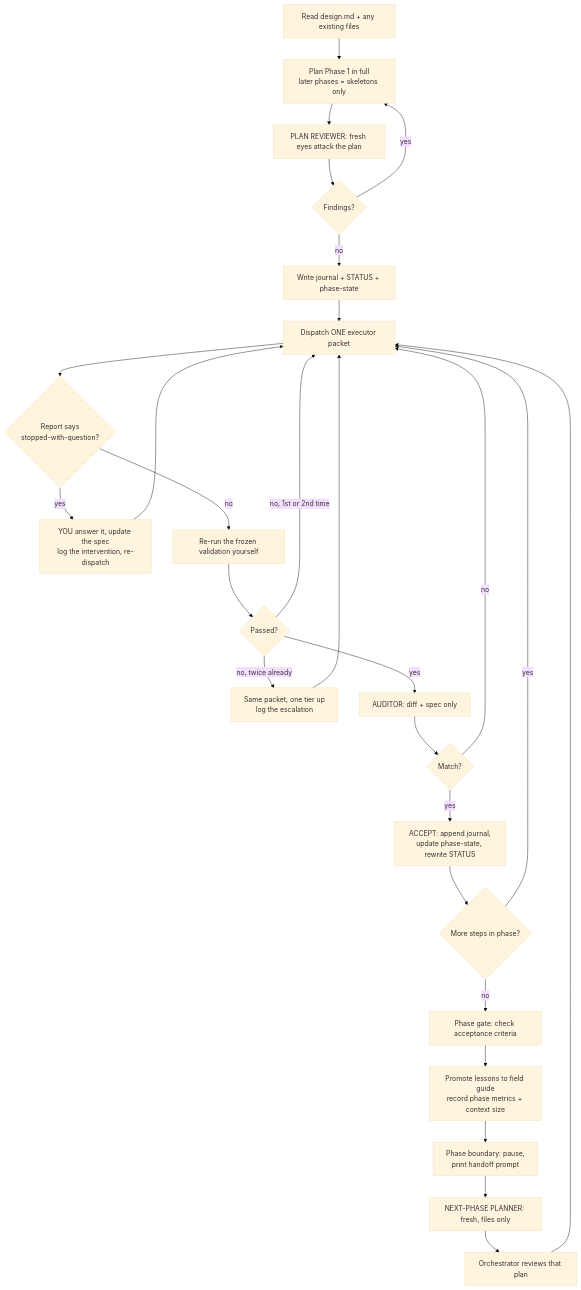
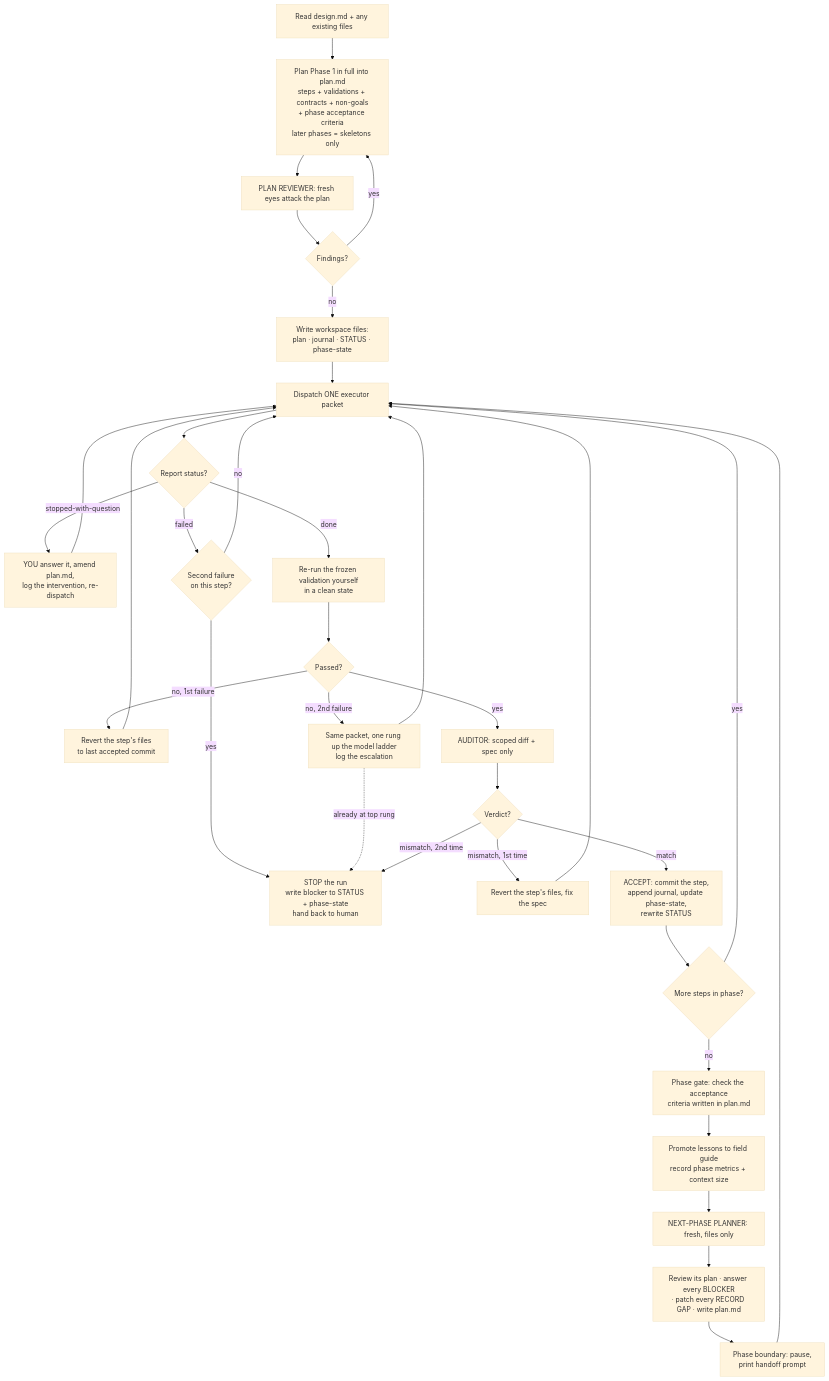
The second of 2 diagrams in oplan/SKILL.md (dkreinov/oplan), drawn with Mermaid (base theme) before and after one commit. The commit also changed other lines of this file and 7 other files, not shown here.

Commit message:
fix: Step 6 - paper test findings (plan.md, plan-reviewer spec, stop conditions, scoped diffs)

````diff
--- a/oplan/SKILL.md
+++ b/oplan/SKILL.md
@@ -234,28 +272,33 @@
 ```mermaid
 flowchart TD
-    A[Read design.md + any existing files] --> B[Plan Phase 1 in full<br/>later phases = skeletons only]
+    A[Read design.md + any existing files] --> B[Plan Phase 1 in full into plan.md<br/>steps + validations + contracts + non-goals<br/>+ phase acceptance criteria<br/>later phases = skeletons only]
     B --> C[PLAN REVIEWER: fresh eyes attack the plan]
     C --> D{Findings?}
     D -->|yes| B
-    D -->|no| E[Write journal + STATUS + phase-state]
+    D -->|no| E[Write workspace files:<br/>plan · journal · STATUS · phase-state]
     E --> F[Dispatch ONE executor packet]
-    F --> G{Report says<br/>stopped-with-question?}
-    G -->|yes| H[YOU answer it, update the spec<br/>log the intervention, re-dispatch]
+    F --> G{Report status?}
+    G -->|stopped-with-question| H[YOU answer it, amend plan.md,<br/>log the intervention, re-dispatch]
     H --> F
-    G -->|no| I[Re-run the frozen validation yourself]
+    G -->|failed| X{Second failure<br/>on this step?}
+    X -->|no| F
+    X -->|yes| STOPRUN[STOP the run<br/>write blocker to STATUS + phase-state<br/>hand back to human]
+    G -->|done| I[Re-run the frozen validation yourself<br/>in a clean state]
     I --> J{Passed?}
-    J -->|no, 1st or 2nd time| F
-    J -->|no, twice already| K[Same packet, one tier up<br/>log the escalation]
+    J -->|no, 1st failure| R1[Revert the step's files<br/>to last accepted commit] --> F
+    J -->|no, 2nd failure| K[Same packet, one rung up the model ladder<br/>log the escalation]
     K --> F
-    J -->|yes| L[AUDITOR: diff + spec only]
-    L --> M{Match?}
-    M -->|no| F
-    M -->|yes| N[ACCEPT: append journal,<br/>update phase-state, rewrite STATUS]
+    K -.->|already at top rung| STOPRUN
+    J -->|yes| L[AUDITOR: scoped diff + spec only]
+    L --> M{Verdict?}
+    M -->|mismatch, 1st time| R2[Revert the step's files, fix the spec] --> F
+    M -->|mismatch, 2nd time| STOPRUN
+    M -->|match| N[ACCEPT: commit the step,<br/>append journal, update phase-state,<br/>rewrite STATUS]
     N --> O{More steps in phase?}
     O -->|yes| F
-    O -->|no| P[Phase gate: check acceptance criteria]
+    O -->|no| P[Phase gate: check the acceptance<br/>criteria written in plan.md]
     P --> Q[Promote lessons to field guide<br/>record phase metrics + context size]
-    Q --> R[Phase boundary: pause,<br/>print handoff prompt]
-    R --> S[NEXT-PHASE PLANNER: fresh, files only]
-    S --> T[Orchestrator reviews that plan] --> F
+    Q --> S[NEXT-PHASE PLANNER: fresh, files only]
+    S --> T[Review its plan · answer every BLOCKER<br/>· patch every RECORD GAP · write plan.md]
+    T --> U[Phase boundary: pause,<br/>print handoff prompt] --> F
 ```
````
